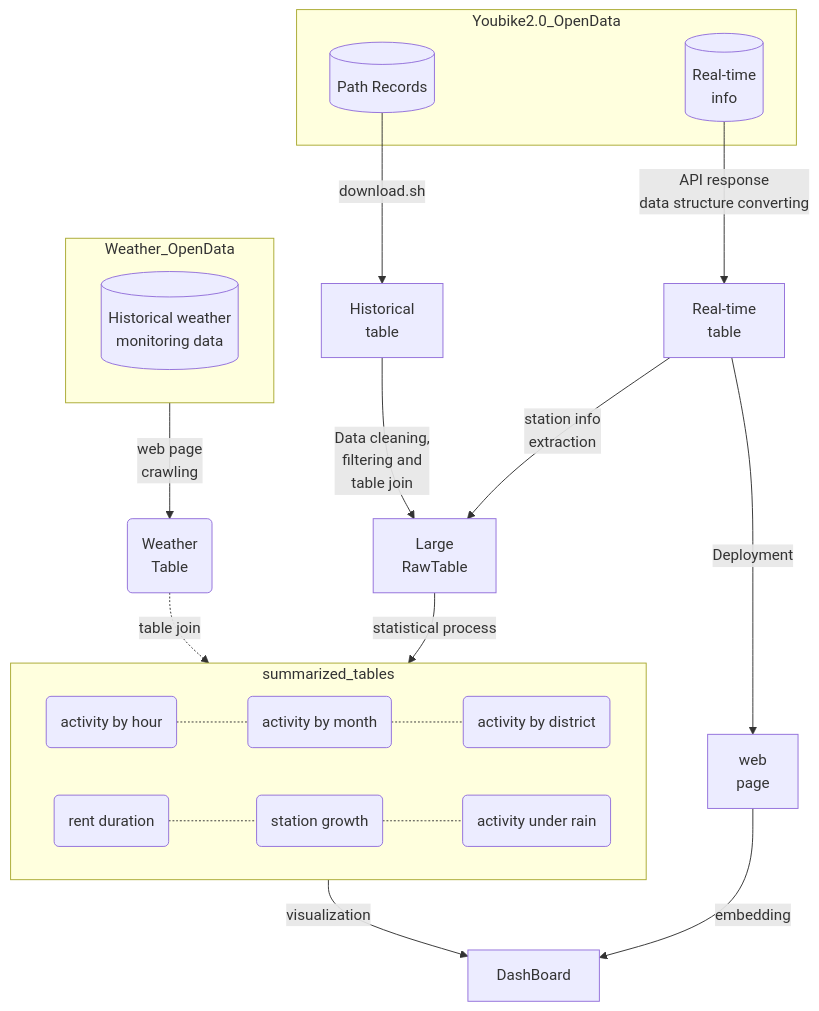
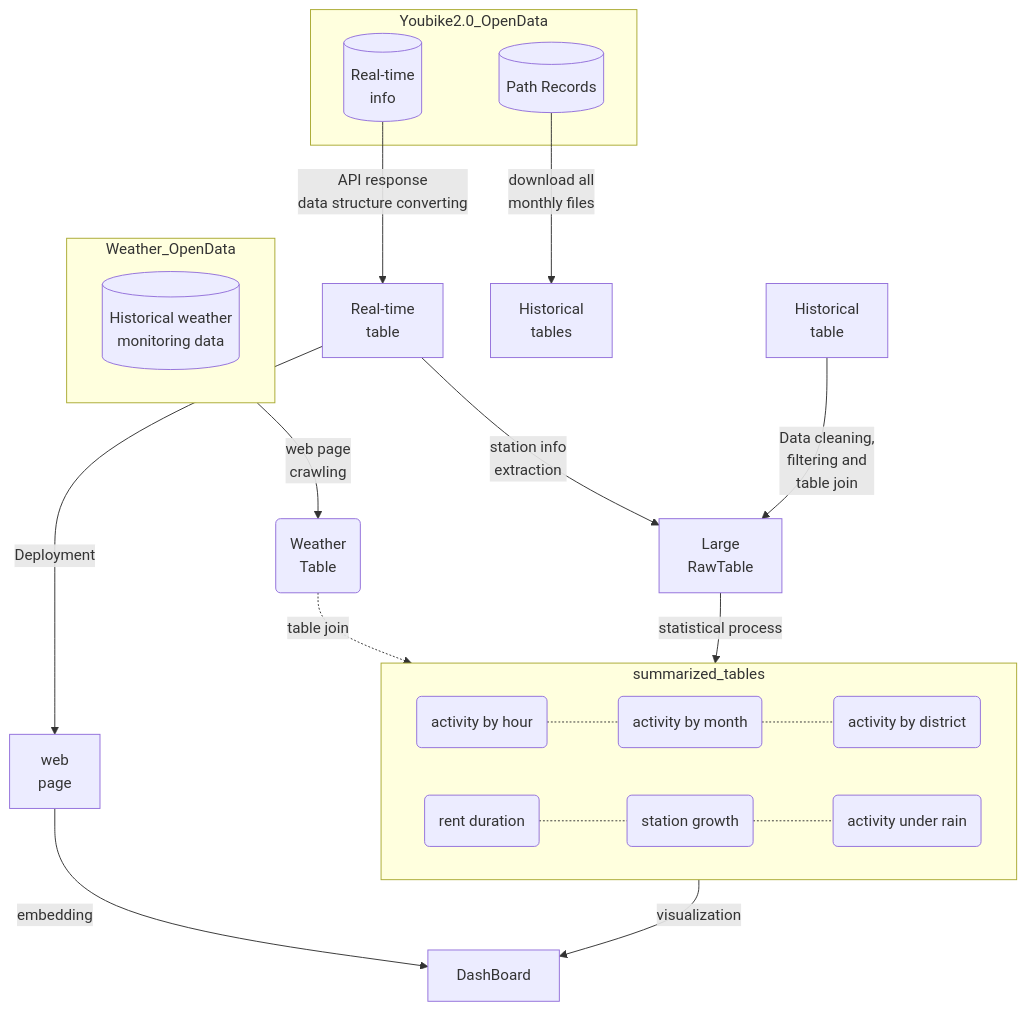
Before and after one commit to CCL-Chun/ubike2_taipei_city: the diagram in README.md, drawn with Mermaid. The commit also changed other lines of this file, not shown here.

````diff
--- a/README.md
+++ b/README.md
@@ -11,31 +11,31 @@
 ```mermaid
 flowchart TD
     subgraph Youbike2.0_OpenData
         DB1[(Path Records)]
         DB2[(Real-time \ninfo)]
     end
     subgraph Weather_OpenData
         DB3[(Historical weather\nmonitoring data)]
     end
     subgraph summarized_tables
         sT1(rent duration)-.- sT5
         sT2(activity by hour) -.- sT3
         sT3(activity by month) -.-sT4
         sT4(activity by district) 
         sT5(station growth) -.- sT6
         sT6(activity under rain)
     end
 
 Weather_OpenData -->|web page\ncrawling| T1(Weather\nTable)
 T1(Weather\nTable) -.->|table join| summarized_tables
 
 DB2 -->|API response\ndata structure converting| Real-time\ntable
 Real-time\ntable -->|Deployment| web\npage
 web\npage -->|embedding| DashBoard
 
-DB1 -->|download.sh|Historical\ntable
+DB1 -->|download all\n monthly files|Historical\ntables
 Real-time\ntable -->|station info\nextraction| Large\nRawTable
 Historical\ntable -->|Data cleaning,\nfiltering and\ntable join| Large\nRawTable
 Large\nRawTable -->|statistical process| summarized_tables
 summarized_tables -->|visualization| DashBoard
 ```
````
